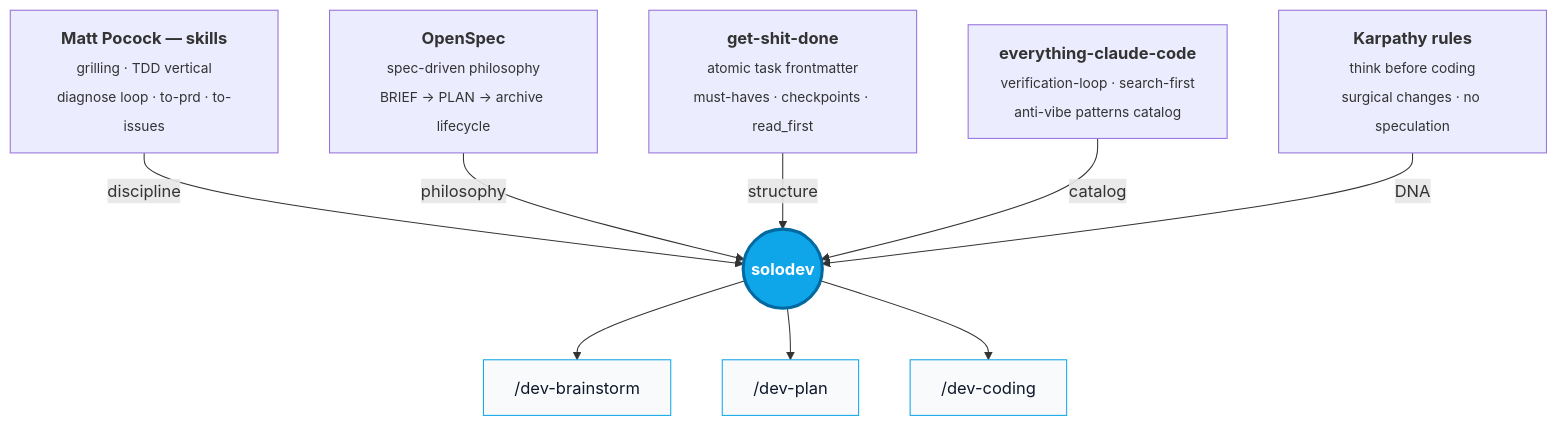
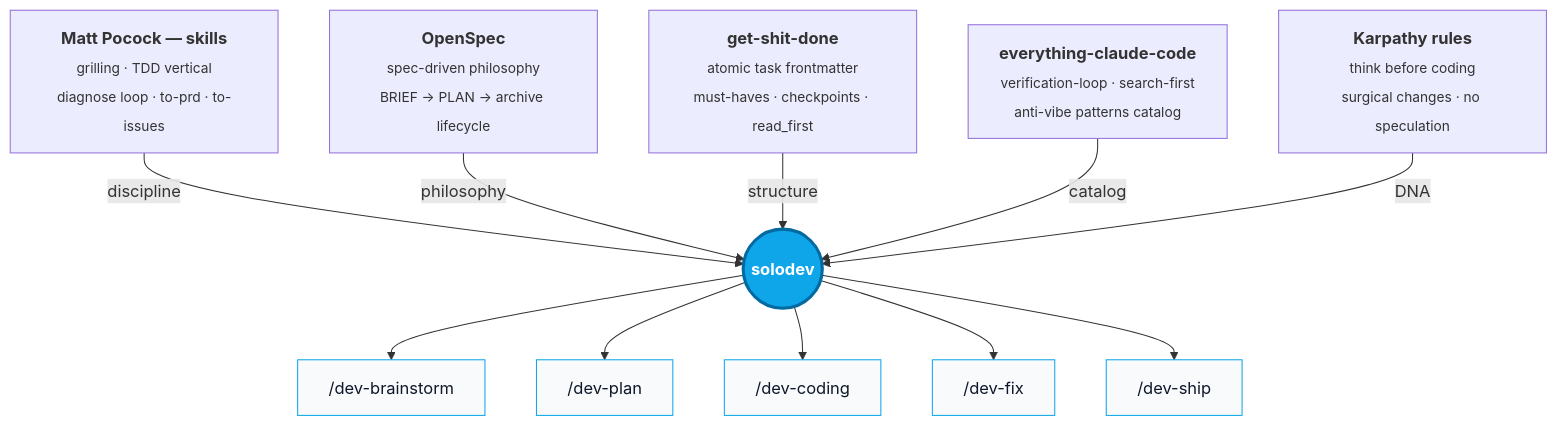
One commit to calneymgp/solodev changed the diagram in README.md. Above: the diagram before and after it, drawn with Mermaid. The commit also changed other lines of this file and 8 other files, not shown here.

First line of the commit message:
feat: add /dev-fix and /dev-ship, enhance existing three skills (#1)

````diff
--- a/README.md
+++ b/README.md
@@ -16,25 +18,29 @@
 ```mermaid
 flowchart TB
     MP["<b>Matt Pocock — skills</b><br/><sub>grilling · TDD vertical<br/>diagnose loop · to-prd · to-issues</sub>"]
     OS["<b>OpenSpec</b><br/><sub>spec-driven philosophy<br/>BRIEF → PLAN → archive lifecycle</sub>"]
     GSD["<b>get-shit-done</b><br/><sub>atomic task frontmatter<br/>must-haves · checkpoints · read_first</sub>"]
     ECC["<b>everything-claude-code</b><br/><sub>verification-loop · search-first<br/>anti-vibe patterns catalog</sub>"]
     KAR["<b>Karpathy rules</b><br/><sub>think before coding<br/>surgical changes · no speculation</sub>"]
 
     MP   --discipline--> SOLO
     OS   --philosophy--> SOLO
     GSD  --structure--> SOLO
     ECC  --catalog--> SOLO
     KAR  --DNA--> SOLO
 
     SOLO(("<b>solodev</b>"))
 
     SOLO --> B["/dev-brainstorm"]
     SOLO --> P["/dev-plan"]
     SOLO --> C["/dev-coding"]
+    SOLO --> F["/dev-fix"]
+    SOLO --> SH["/dev-ship"]
 
     style SOLO fill:#0ea5e9,stroke:#0369a1,stroke-width:3px,color:#fff
     style B fill:#f8fafc,stroke:#0ea5e9,stroke-width:1px,color:#0f172a
     style P fill:#f8fafc,stroke:#0ea5e9,stroke-width:1px,color:#0f172a
     style C fill:#f8fafc,stroke:#0ea5e9,stroke-width:1px,color:#0f172a
+    style F fill:#f8fafc,stroke:#0ea5e9,stroke-width:1px,color:#0f172a
+    style SH fill:#f8fafc,stroke:#0ea5e9,stroke-width:1px,color:#0f172a
 ```
````
